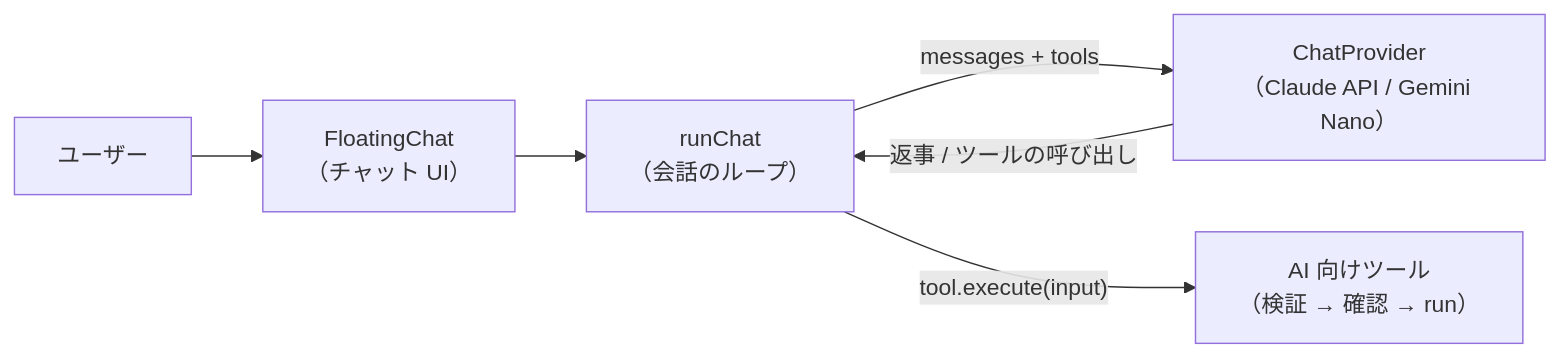
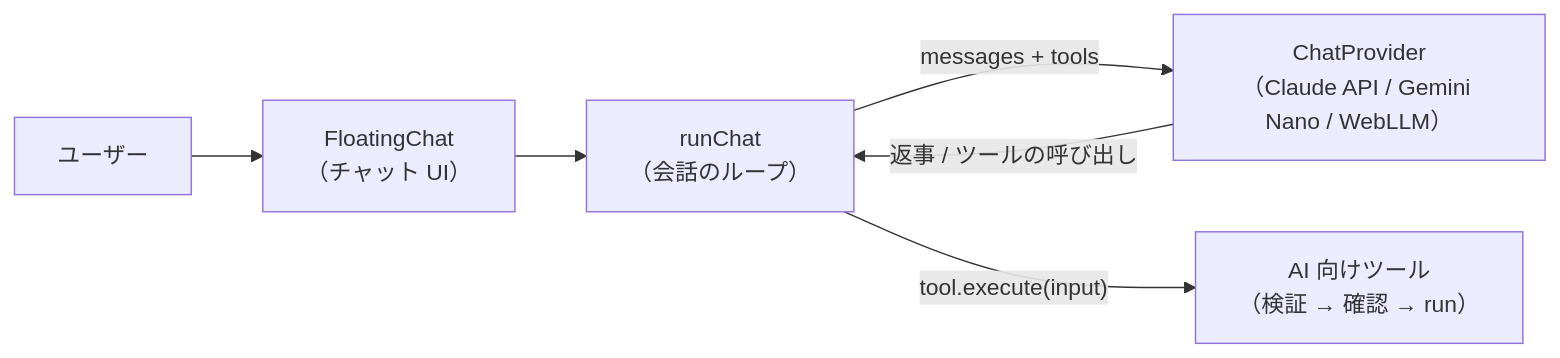
Before and after one commit to fujibayashi-ast/ai-friendly: the diagram in docs/assistant.md, drawn with Mermaid. The commit also changed other lines of this file and 20 other files, not shown here.

First line of the commit message:
feat: WebLLM（Qwen3.5 4B）をチャットの LLM として選べるようにする (#42)

````diff
--- a/docs/assistant.md
+++ b/docs/assistant.md
@@ -5,8 +5,8 @@
 ```mermaid
 flowchart LR
   User["ユーザー"] --> Chat["FloatingChat<br>（チャット UI）"]
   Chat --> Loop["runChat<br>（会話のループ）"]
-  Loop -- "messages + tools" --> Provider["ChatProvider<br>（Claude API / Gemini Nano）"]
+  Loop -- "messages + tools" --> Provider["ChatProvider<br>（Claude API / Gemini Nano / WebLLM）"]
   Provider -- "返事 / ツールの呼び出し" --> Loop
   Loop -- "tool.execute(input)" --> Tools["AI 向けツール<br>（検証 → 確認 → run）"]
 ```
````
